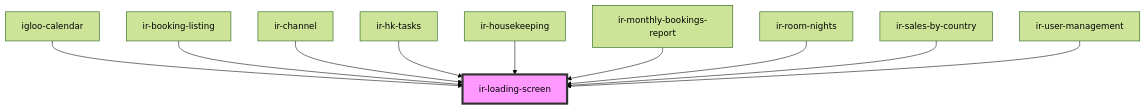
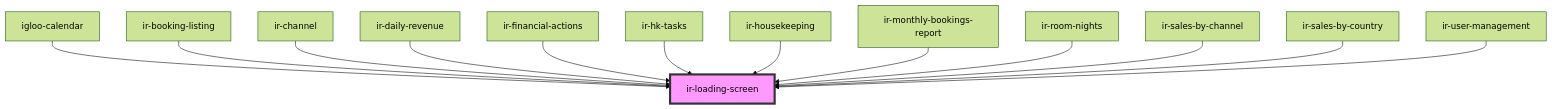
The diagram in src/components/ir-loading-screen/readme.md (David1Chowaifaty/modified-ir-webcmp), drawn with Mermaid (forest theme) before and after one commit. The commit also changed other lines of this file and 50 other files, not shown here.

````diff
--- a/src/components/ir-loading-screen/readme.md
+++ b/src/components/ir-loading-screen/readme.md
@@ -30,13 +33,16 @@
 ```mermaid
 graph TD;
   igloo-calendar --> ir-loading-screen
   ir-booking-listing --> ir-loading-screen
   ir-channel --> ir-loading-screen
+  ir-daily-revenue --> ir-loading-screen
+  ir-financial-actions --> ir-loading-screen
   ir-hk-tasks --> ir-loading-screen
   ir-housekeeping --> ir-loading-screen
   ir-monthly-bookings-report --> ir-loading-screen
   ir-room-nights --> ir-loading-screen
+  ir-sales-by-channel --> ir-loading-screen
   ir-sales-by-country --> ir-loading-screen
   ir-user-management --> ir-loading-screen
   style ir-loading-screen fill:#f9f,stroke:#333,stroke-width:4px
 ```
````
